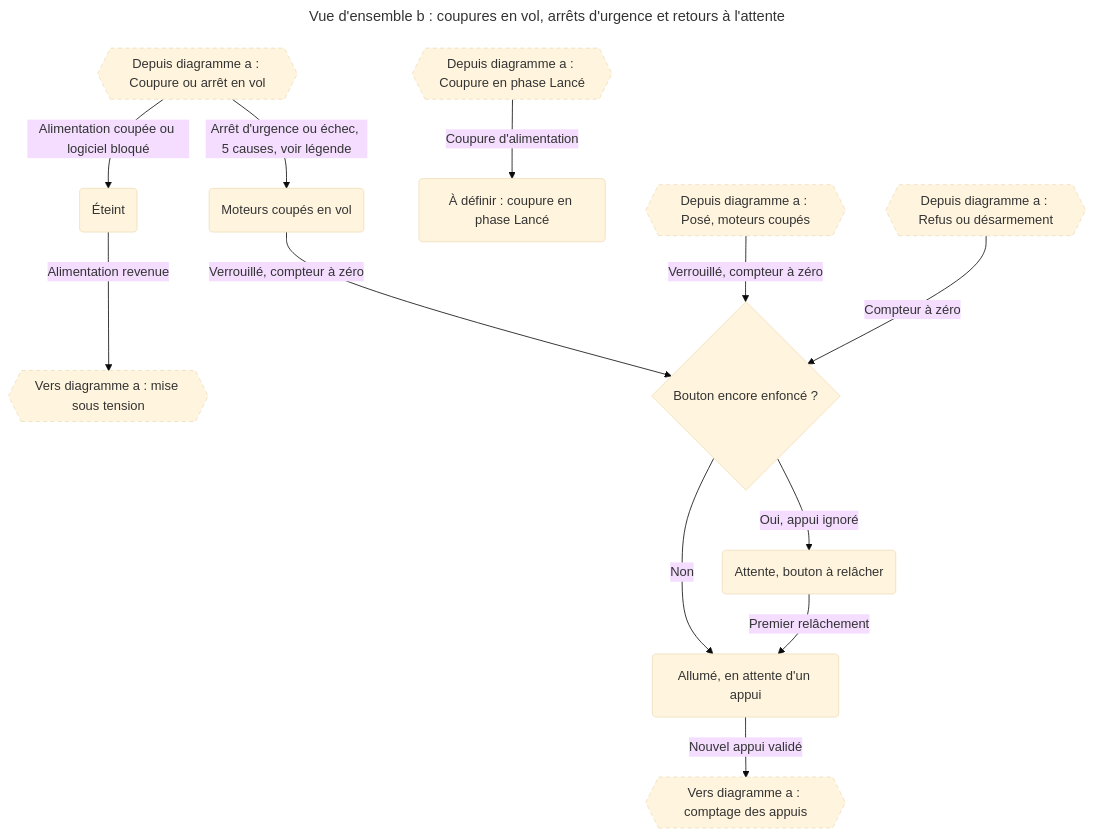
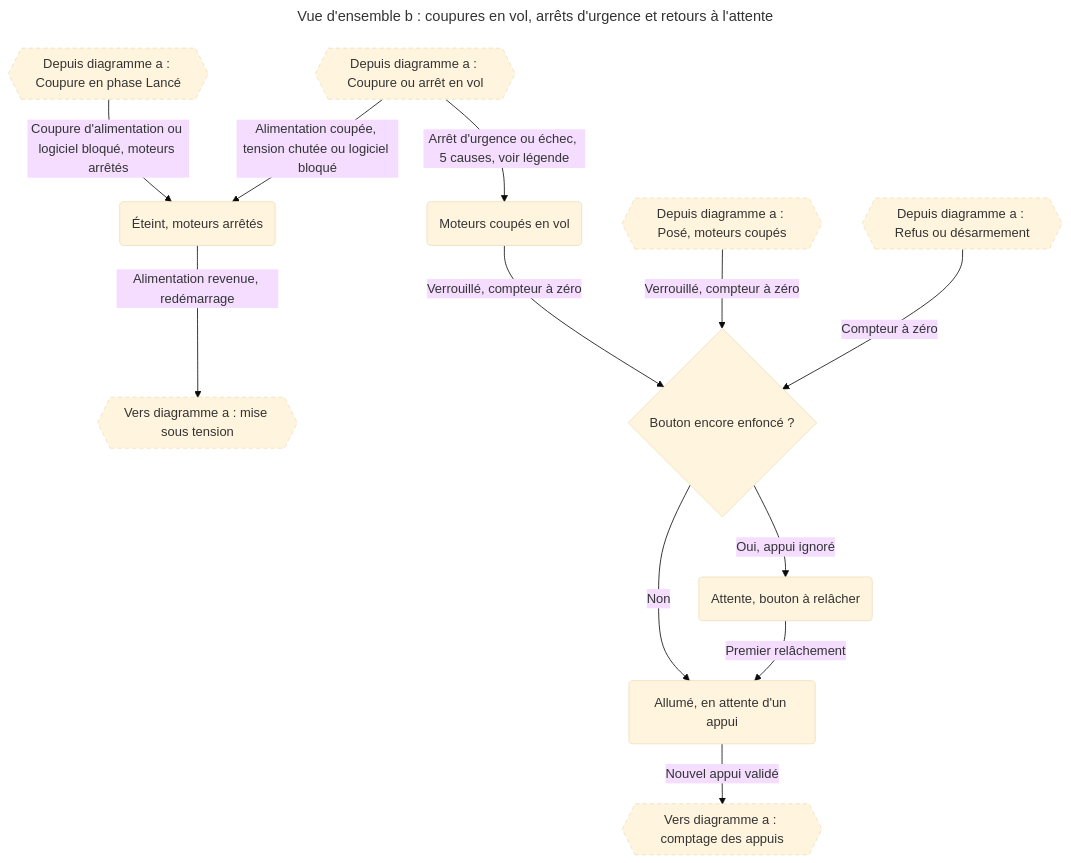
One commit to thourymatthieu-png/coworker_archi_system changed the third of 15 diagrams in projets/boomrone/00-scenarios.md. Above: the diagram before and after it, drawn with Mermaid (base theme). The commit also changed other lines of this file and 6 other files, not shown here.

````diff
--- a/projets/boomrone/00-scenarios.md
+++ b/projets/boomrone/00-scenarios.md
@@ -119,31 +121,30 @@
 ```mermaid
 ---
 title: "Vue d'ensemble b : coupures en vol, arrêts d'urgence et retours à l'attente"
 ---
 flowchart TD
     RAL{{"Depuis diagramme a : Coupure en phase Lancé"}}
     RAV{{"Depuis diagramme a : Coupure ou arrêt en vol"}}
     RAP{{"Depuis diagramme a : Posé, moteurs coupés"}}
     RAR{{"Depuis diagramme a : Refus ou désarmement"}}
-    ADef("À définir : coupure en phase Lancé")
     Coupe("Moteurs coupés en vol")
-    Eteint("Éteint")
+    Eteint("Éteint, moteurs arrêtés")
     VersA{{"Vers diagramme a : mise sous tension"}}
     Dec{"Bouton encore enfoncé ?"}
     Attente("Allumé, en attente d'un appui")
     ARel("Attente, bouton à relâcher")
     VersA2{{"Vers diagramme a : comptage des appuis"}}
-    RAL -->|"Coupure d'alimentation"| ADef
+    RAL -->|"Coupure d'alimentation ou logiciel bloqué, moteurs arrêtés"| Eteint
     RAV -->|"Arrêt d'urgence ou échec, 5 causes, voir légende"| Coupe
-    RAV -->|"Alimentation coupée ou logiciel bloqué"| Eteint
-    Eteint -->|"Alimentation revenue"| VersA
+    RAV -->|"Alimentation coupée, tension chutée ou logiciel bloqué"| Eteint
+    Eteint -->|"Alimentation revenue, redémarrage"| VersA
     Coupe -->|"Verrouillé, compteur à zéro"| Dec
     RAP -->|"Verrouillé, compteur à zéro"| Dec
     RAR -->|"Compteur à zéro"| Dec
     Dec -->|"Non"| Attente
     Dec -->|"Oui, appui ignoré"| ARel
     ARel -->|"Premier relâchement"| Attente
     Attente -->|"Nouvel appui validé"| VersA2
     classDef renvoi stroke-dasharray: 5 4
     class RAL,RAV,RAP,RAR,VersA,VersA2 renvoi
 ```
````
